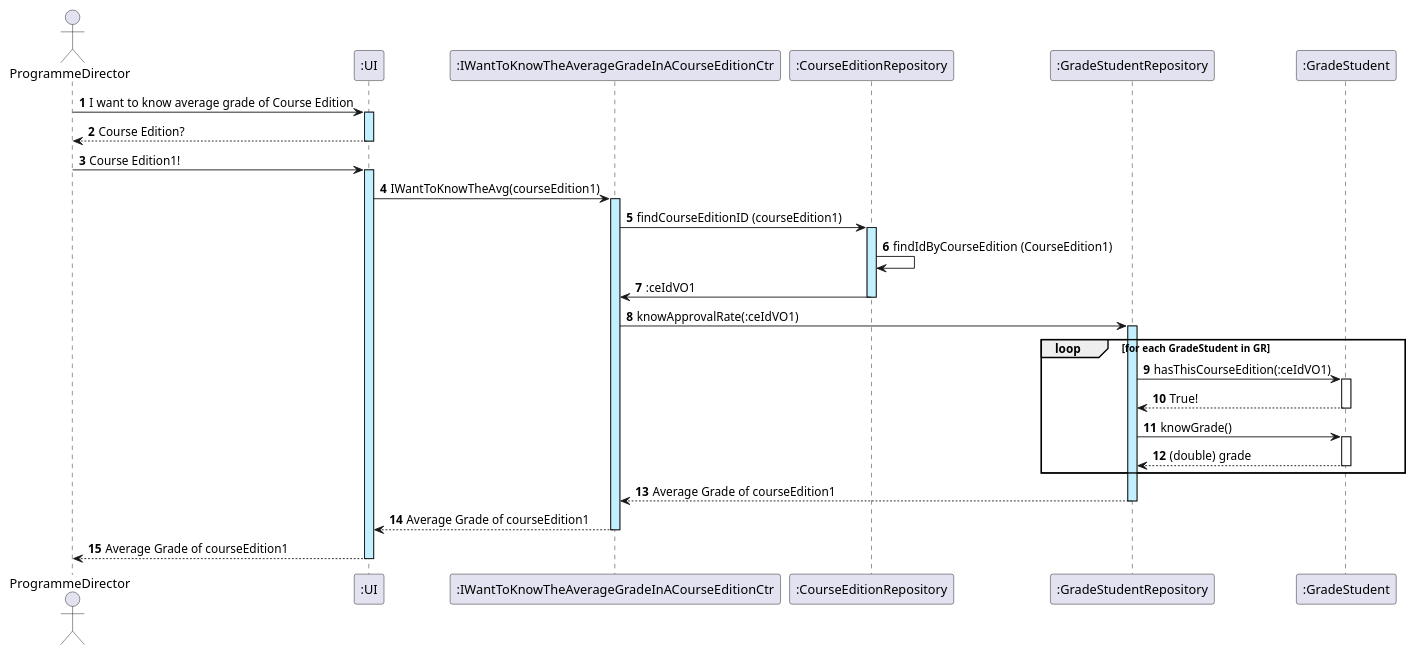
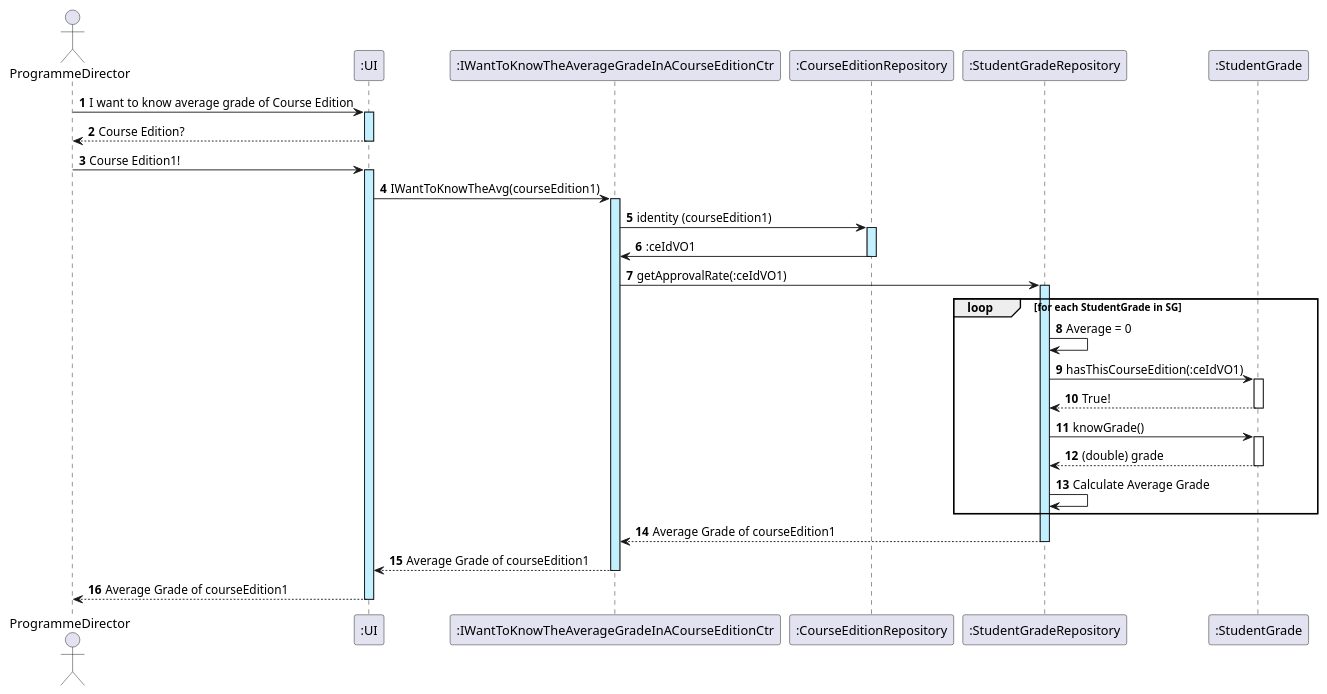
One commit to GasparISEP/DevOps-PAI changed the diagram in docs/US25/US25_knowTheAverageGradeInACourseEditionSD.puml. Above: the diagram before and after it, drawn with PlantUML. The commit also changed 3 other files, not shown here.

```diff
--- a/docs/US25/US25_knowTheAverageGradeInACourseEditionSD.puml
+++ b/docs/US25/US25_knowTheAverageGradeInACourseEditionSD.puml
@@ -1,40 +1,39 @@
 @startuml
 actor ProgrammeDirector
 participant ":UI" as UI
 participant ":IWantToKnowTheAverageGradeInACourseEditionCtr" as KA
 participant ":CourseEditionRepository" as CER
-participant ":GradeStudentRepository" as GR
-participant ":GradeStudent" as GradeStudent
+participant ":StudentGradeRepository" as SG
+participant ":StudentGrade" as StudentGrade
 autonumber
 
 
 ProgrammeDirector -> UI ++ #application: I want to know average grade of Course Edition
 UI --> ProgrammeDirector -- : Course Edition?
 ProgrammeDirector -> UI ++ #application: Course Edition1!
 UI -> KA ++ #application : IWantToKnowTheAvg(courseEdition1)
-KA -> CER ++ #application : findCourseEditionID (courseEdition1)
-CER -> CER : findIdByCourseEdition (CourseEdition1)
+KA -> CER ++ #application : identity (courseEdition1)
 CER -> KA :  :ceIdVO1
 deactivate CER
-KA -> GR ++ #application : knowApprovalRate(:ceIdVO1)
+KA -> SG ++ #application : getApprovalRate(:ceIdVO1)
 
+loop for each StudentGrade in SG
+    SG -> SG : Average = 0
+    SG -> StudentGrade : hasThisCourseEdition(:ceIdVO1)
+    activate StudentGrade
+    StudentGrade --> SG : True!
+    deactivate StudentGrade
 
-
-loop for each GradeStudent in GR
-    GR -> GradeStudent : hasThisCourseEdition(:ceIdVO1)
-    activate GradeStudent
-    GradeStudent --> GR : True!
-    deactivate GradeStudent
-
-    GR -> GradeStudent : knowGrade()
-    activate GradeStudent
-    GradeStudent --> GR : (double) grade
-    deactivate GradeStudent
+    SG -> StudentGrade : knowGrade()
+    activate StudentGrade
+    StudentGrade --> SG : (double) grade
+    deactivate StudentGrade
+    SG -> SG : Calculate Average Grade
 end
 
 
-GR --> KA --: Average Grade of courseEdition1
+SG --> KA --: Average Grade of courseEdition1
 KA --> UI --: Average Grade of courseEdition1
 UI --> ProgrammeDirector --: Average Grade of courseEdition1
 
 @enduml
```
